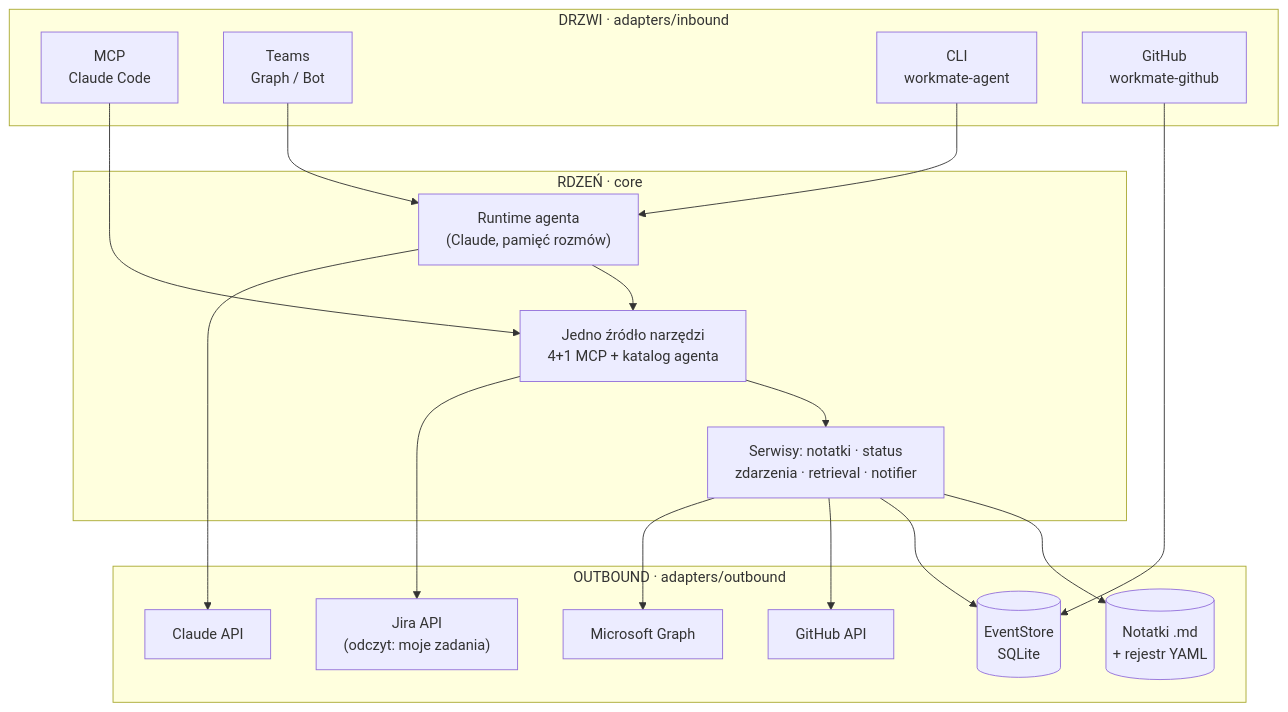
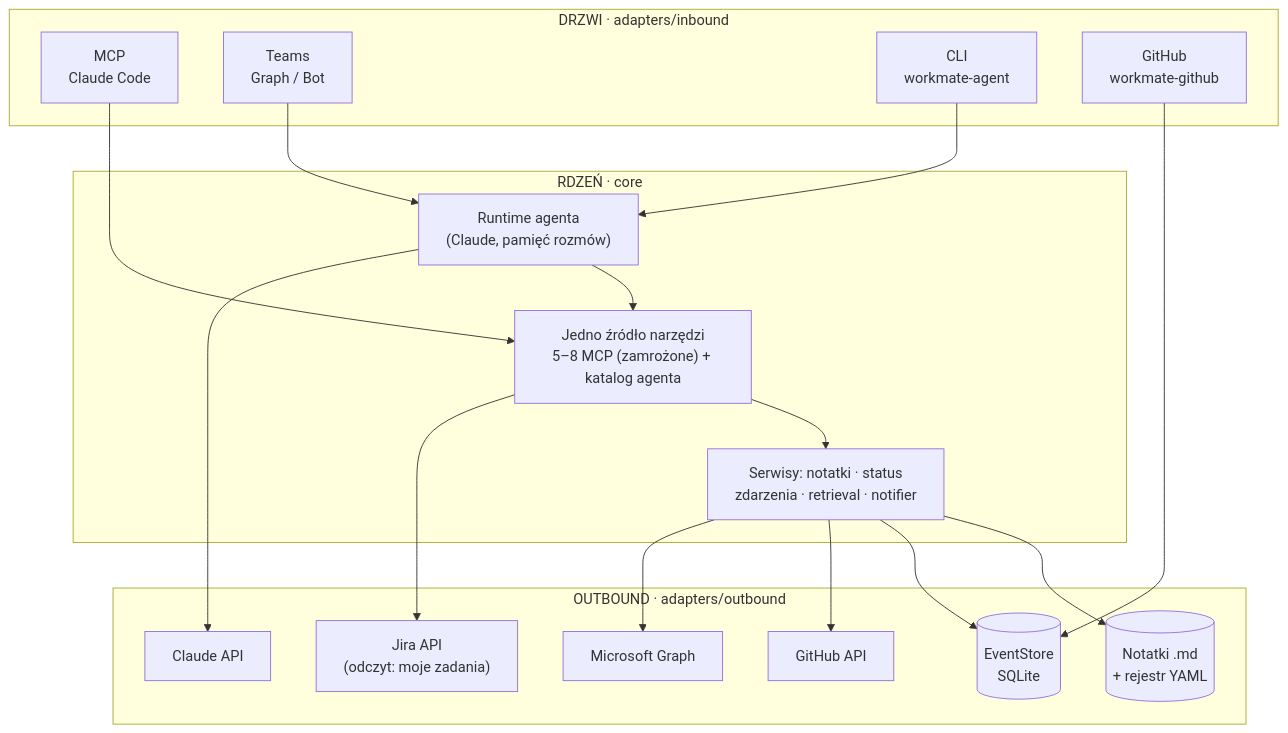
The first of 2 diagrams in README.md (P0w3r223/sufler), drawn with Mermaid before and after one commit. The commit also changed other lines of this file and 262 other files, not shown here.

````diff
--- a/README.md
+++ b/README.md
@@ -70,34 +74,34 @@
 ```mermaid
 flowchart TB
     subgraph D["DRZWI · adapters/inbound"]
         MCP["MCP<br/>Claude Code"]
         TG["Teams<br/>Graph / Bot"]
         CLI["CLI<br/>workmate-agent"]
         GHD["GitHub<br/>workmate-github"]
     end
     subgraph C["RDZEŃ · core"]
-        CAT["Jedno źródło narzędzi<br/>4+1 MCP + katalog agenta"]
+        CAT["Jedno źródło narzędzi<br/>5–8 MCP (zamrożone) + katalog agenta"]
         AG["Runtime agenta<br/>(Claude, pamięć rozmów)"]
         SVC["Serwisy: notatki · status<br/>zdarzenia · retrieval · notifier"]
     end
     subgraph O["OUTBOUND · adapters/outbound"]
         NOTES[("Notatki .md<br/>+ rejestr YAML")]
         LLM["Claude API"]
         ES[("EventStore<br/>SQLite")]
         GHAPI["GitHub API"]
         JIRAAPI["Jira API<br/>(odczyt: moje zadania)"]
         GRAPH["Microsoft Graph"]
     end
     MCP --> CAT
     TG --> AG
     CLI --> AG
     GHD --> ES
     AG --> CAT
     CAT --> SVC
     SVC --> NOTES
     SVC --> ES
     AG --> LLM
     SVC --> GHAPI
     CAT --> JIRAAPI
     SVC --> GRAPH
 ```
````
